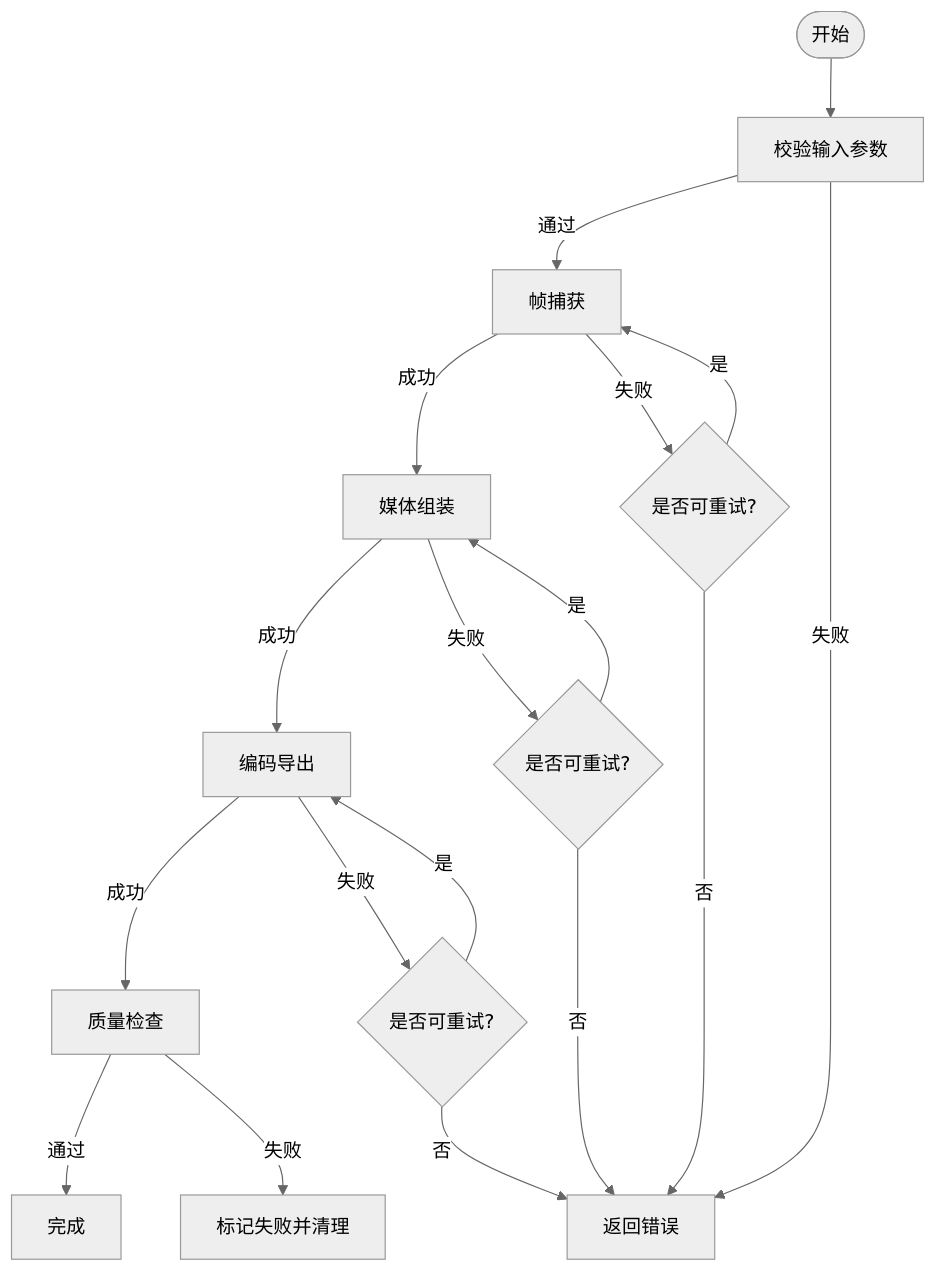
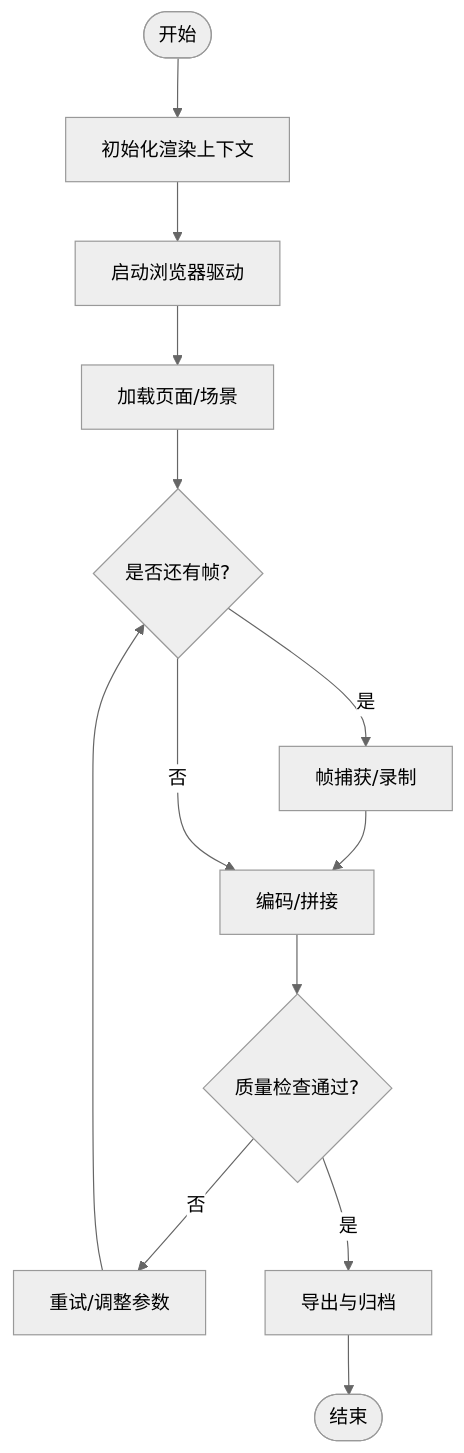
Before and after one commit to scottcwy/PurpleInk: the third of 12 diagrams in .qoder/repowiki/zh/content/渲染引擎/渲染引擎.md, drawn with Mermaid (neutral theme). The commit also changed other lines of this file and 872 other files, not shown here.

````diff
--- a/.qoder/repowiki/zh/content/渲染引擎/渲染引擎.md
+++ b/.qoder/repowiki/zh/content/渲染引擎/渲染引擎.md
@@ -255,20 +193,15 @@
 ```mermaid
 flowchart TD
-Start(["开始"]) --> Validate["校验输入参数"]
-Validate --> |通过| Stage1["帧捕获"]
-Validate --> |失败| Err["返回错误"]
-Stage1 --> |成功| Stage2["媒体组装"]
-Stage1 --> |失败| Retry1{"是否可重试?"}
-Retry1 --> |是| Stage1
-Retry1 --> |否| Err
-Stage2 --> |成功| Stage3["编码导出"]
-Stage2 --> |失败| Retry2{"是否可重试?"}
-Retry2 --> |是| Stage2
-Retry2 --> |否| Err
-Stage3 --> |成功| Stage4["质量检查"]
-Stage3 --> |失败| Retry3{"是否可重试?"}
-Retry3 --> |是| Stage3
-Retry3 --> |否| Err
-Stage4 --> |通过| Done["完成"]
-Stage4 --> |失败| Fail["标记失败并清理"]
+Start(["开始"]) --> Init["初始化渲染上下文"]
+Init --> Launch["启动浏览器驱动"]
+Launch --> LoadPage["加载页面/场景"]
+LoadPage --> CaptureLoop{"是否还有帧?"}
+CaptureLoop --> |是| Capture["帧捕获/录制"]
+Capture --> Encode["编码/拼接"]
+Encode --> QA{"质量检查通过?"}
+QA --> |否| Retry["重试/调整参数"]
+Retry --> CaptureLoop
+QA --> |是| Export["导出与归档"]
+Export --> End(["结束"])
+CaptureLoop --> |否| Encode
 ```
````
